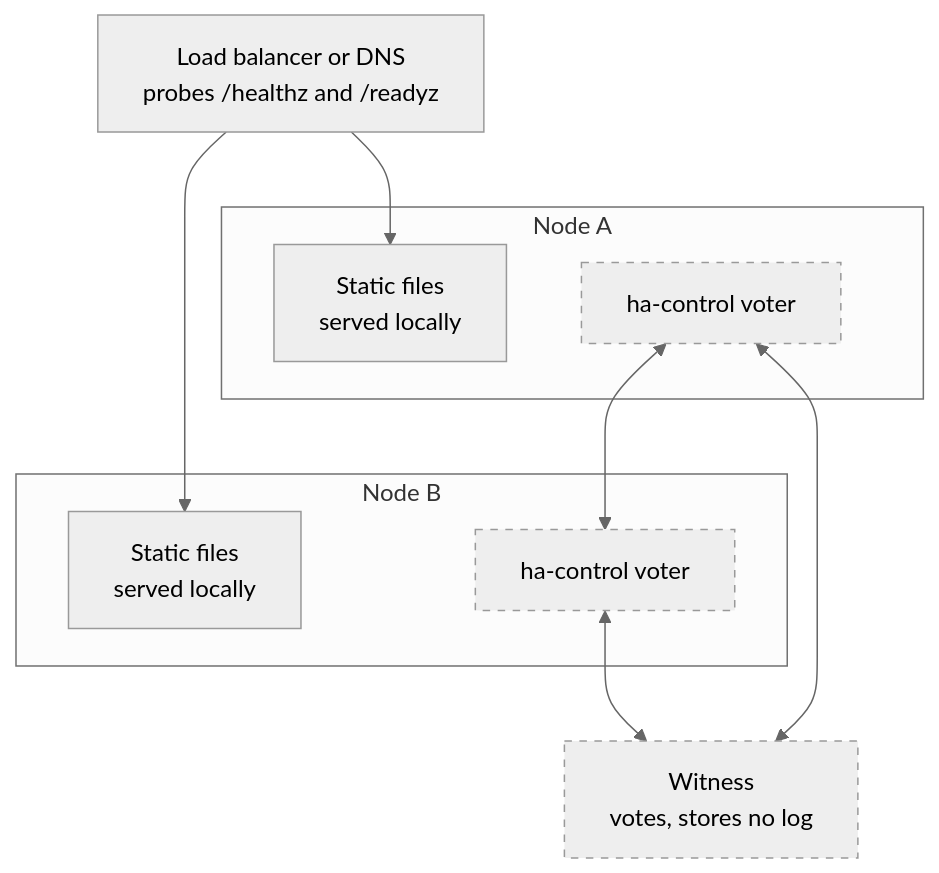
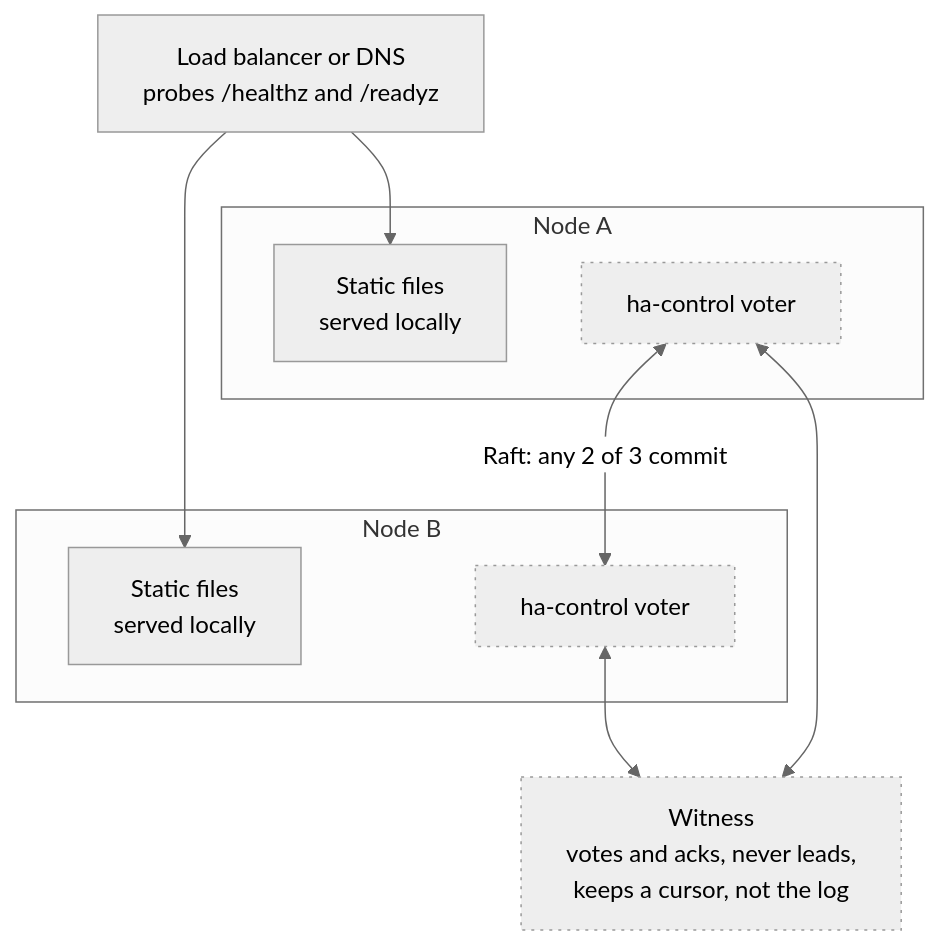
Before and after one commit to BlivionIaG/sjws_nettask: the second of 6 diagrams in docs/ha/design.md, drawn with Mermaid (neutral theme). The commit also changed other lines of this file and 3 other files, not shown here.

First line of the commit message:
docs: HA and control-plane diagrams separate built from designed

````diff
--- a/docs/ha/design.md
+++ b/docs/ha/design.md
@@ -165,25 +172,25 @@
 ```mermaid
 flowchart TB
     lb["Load balancer or DNS<br/>probes /healthz and /readyz"]
 
     subgraph a["Node A"]
         sa["Static files<br/>served locally"]
         ra["ha-control voter"]
     end
 
     subgraph b["Node B"]
         sb["Static files<br/>served locally"]
         rb["ha-control voter"]
     end
 
-    w["Witness<br/>votes, stores no log"]
+    w["Witness<br/>votes and acks, never leads,<br/>keeps a cursor, not the log"]
 
     lb --> sa
     lb --> sb
-    ra <--> rb
+    ra <-->|"Raft: any 2 of 3 commit"| rb
     ra <--> w
     rb <--> w
 
-    classDef design stroke-dasharray: 5 5
-    class ra,rb,w design
+    classDef lib stroke-dasharray: 2 4
+    class ra,rb,w lib
 ```
````
